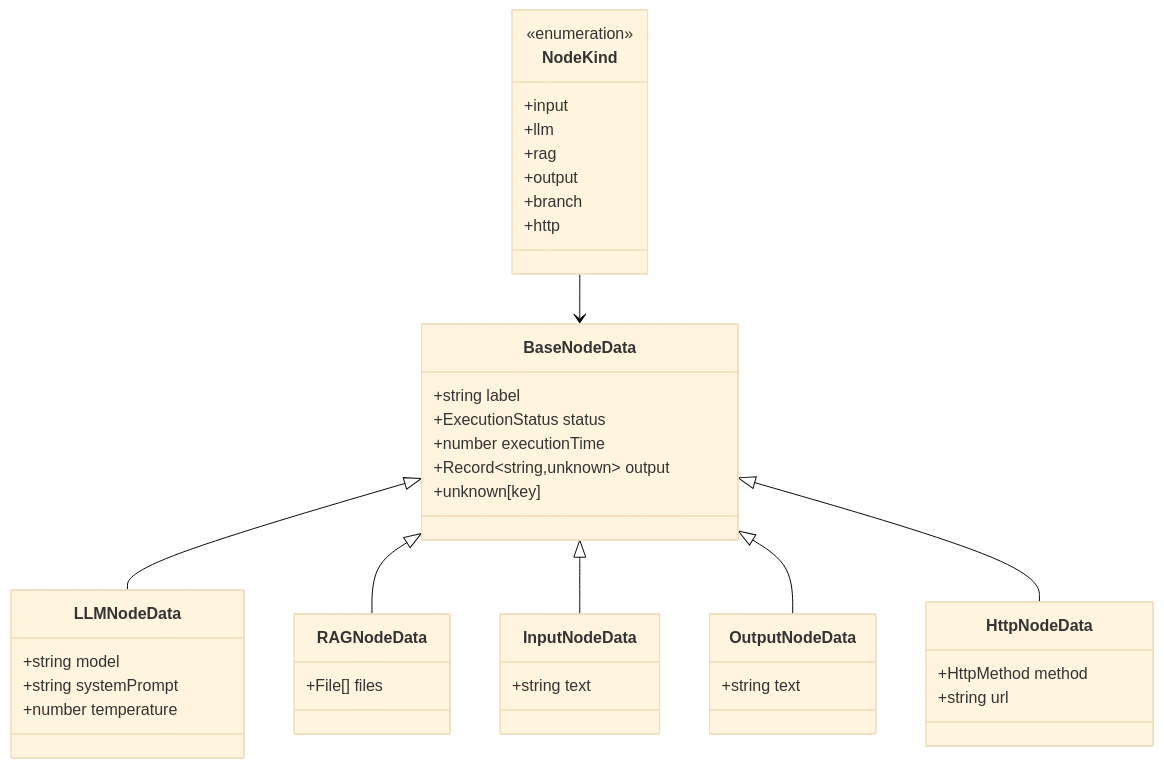
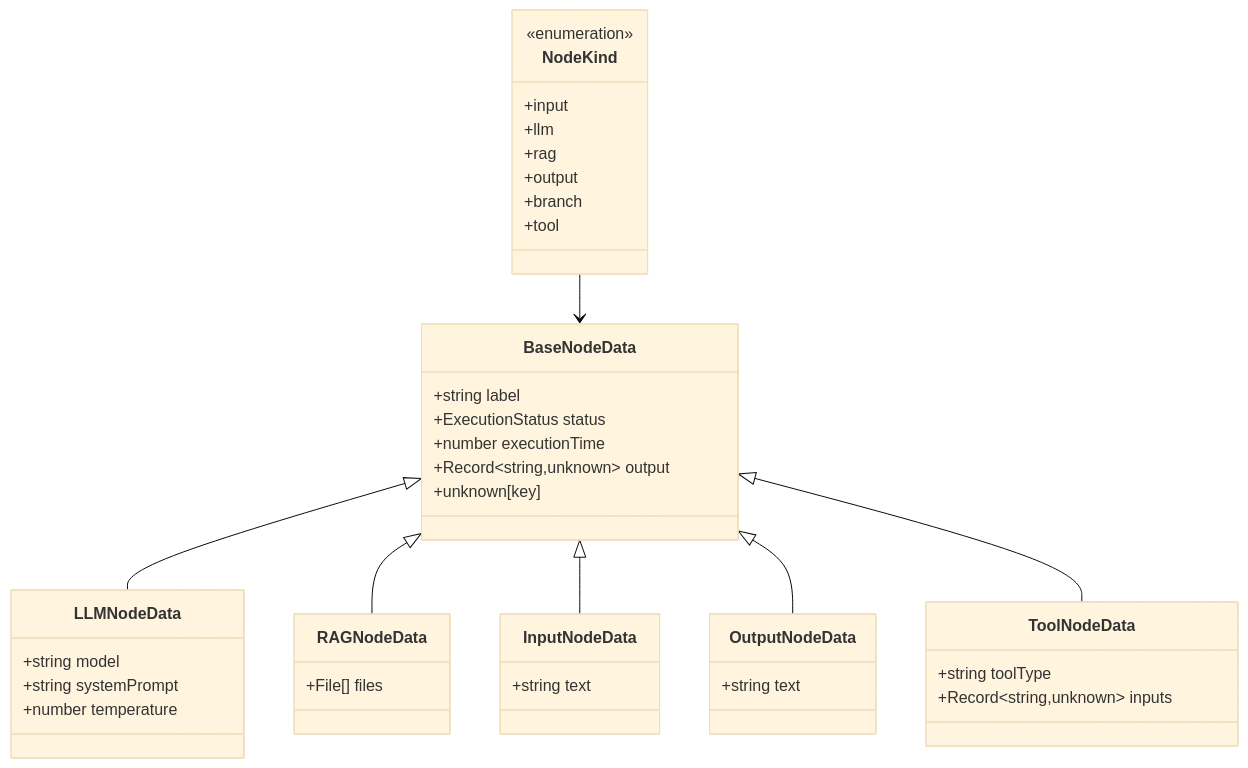
The second of 9 diagrams in .qoder/repowiki/zh/content/数据模型与类型定义/数据模型与类型定义.md (JasperLin2333/Flash-Flow), drawn with Mermaid (base theme) before and after one commit. The commit also changed other lines of this file and 121 other files, not shown here.

````diff
--- a/.qoder/repowiki/zh/content/数据模型与类型定义/数据模型与类型定义.md
+++ b/.qoder/repowiki/zh/content/数据模型与类型定义/数据模型与类型定义.md
@@ -72,43 +80,43 @@
 ```mermaid
 classDiagram
 class NodeKind {
 <<enumeration>>
 +input
 +llm
 +rag
 +output
 +branch
-+http
++tool
 }
 class BaseNodeData {
 +string label
 +ExecutionStatus status
 +number executionTime
 +Record~string,unknown~ output
 +unknown[key]
 }
 class LLMNodeData {
 +string model
 +string systemPrompt
 +number temperature
 }
 class RAGNodeData {
 +File[] files
 }
 class InputNodeData {
 +string text
 }
 class OutputNodeData {
 +string text
 }
-class HttpNodeData {
-+HttpMethod method
-+string url
+class ToolNodeData {
++string toolType
++Record~string,unknown~ inputs
 }
 BaseNodeData <|-- LLMNodeData
 BaseNodeData <|-- RAGNodeData
 BaseNodeData <|-- InputNodeData
 BaseNodeData <|-- OutputNodeData
-BaseNodeData <|-- HttpNodeData
+BaseNodeData <|-- ToolNodeData
 NodeKind --> BaseNodeData
 ```
````
